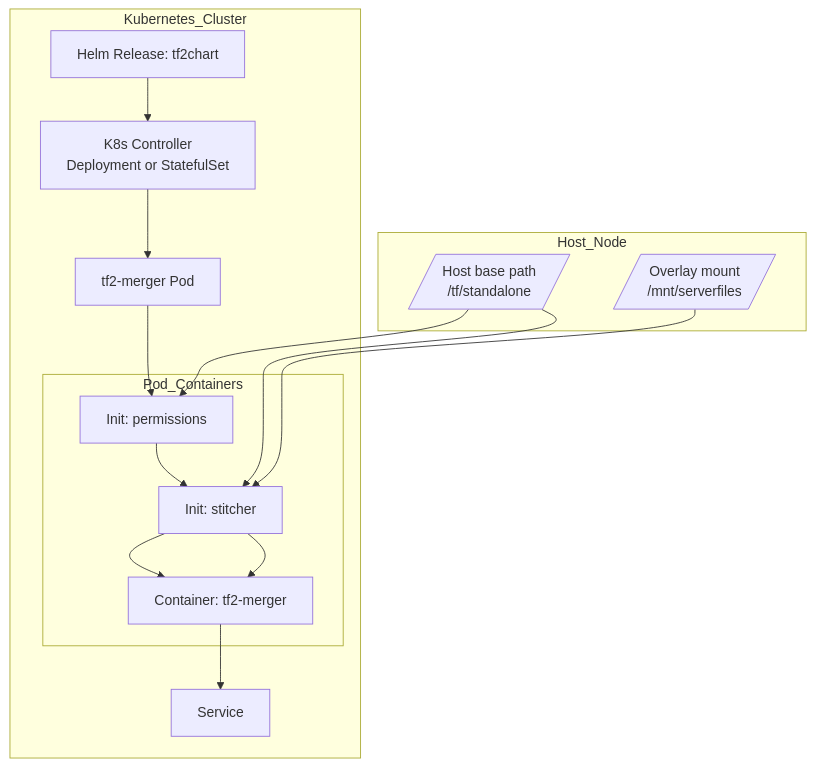
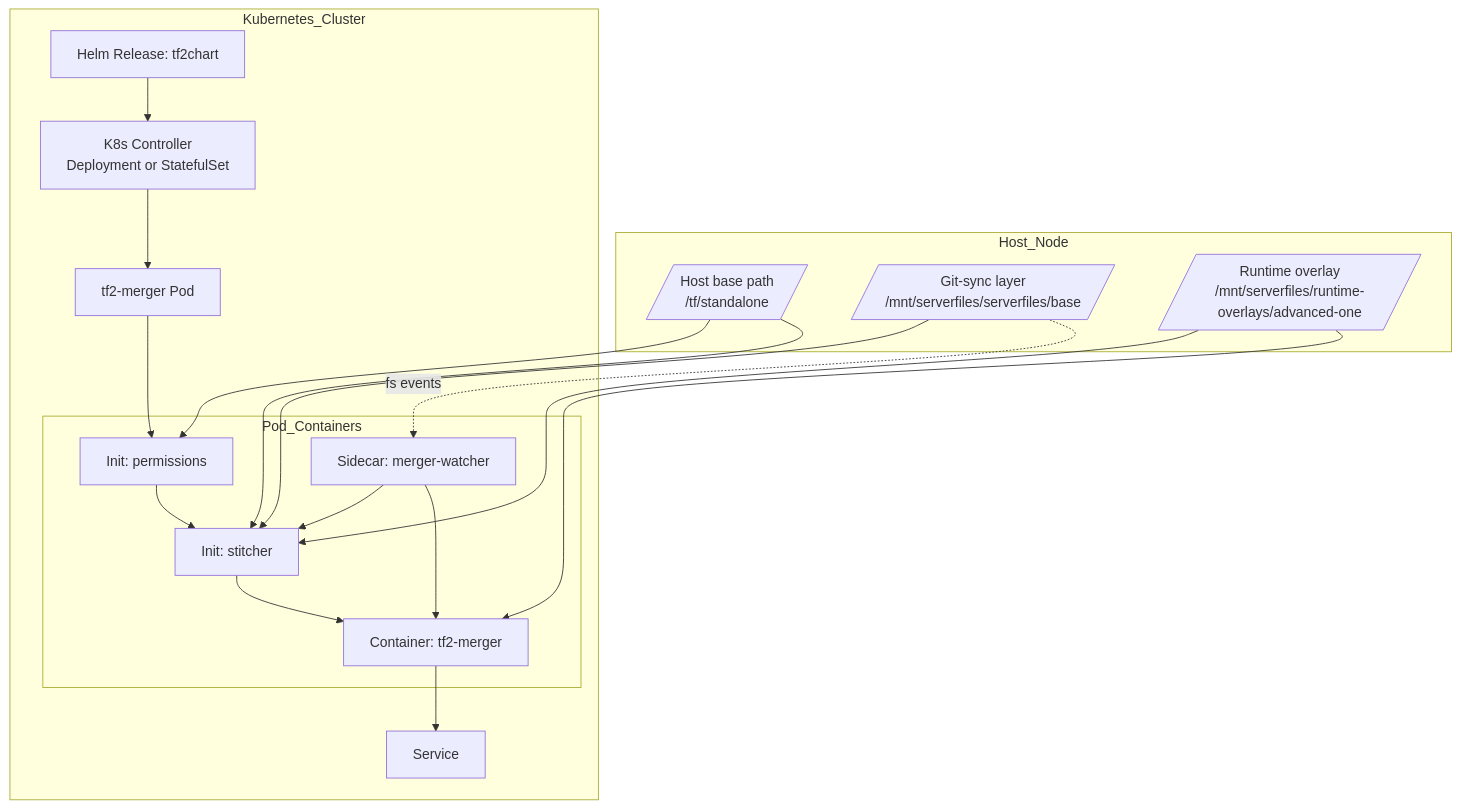
The first of 3 diagrams in README.md (UDL-TF/TF2Chart), drawn with Mermaid before and after one commit. The commit also changed other lines of this file and 4 other files, not shown here.

Commit message:
Bump chart version to 0.2.0 and add merger watcher sidecar with dynamic file merging capabilities

````diff
--- a/README.md
+++ b/README.md
@@ -20,27 +20,32 @@
 ```mermaid
 graph TB
   subgraph Host_Node
     hostFS[/Host base path\n/tf/standalone/]
-    overlay1[/Overlay mount\n/mnt/serverfiles/]
+    overlayBase[/Git-sync layer\n/mnt/serverfiles/serverfiles/base/]
+    overlayRuntime[/Runtime overlay\n/mnt/serverfiles/runtime-overlays/advanced-one/]
   end
 
   subgraph Kubernetes_Cluster
     helm[Helm Release: tf2chart]
     controller[K8s Controller\nDeployment or StatefulSet]
     pod[tf2-merger Pod]
     subgraph Pod_Containers
       initPerm[Init: permissions]
       stitcher[Init: stitcher]
+      watcher[Sidecar: merger-watcher]
       app[Container: tf2-merger]
     end
     svc[Service]
   end
 
   helm --> controller --> pod
-  pod --> initPerm --> stitcher --> app
+  pod --> initPerm --> stitcher --> app --> svc
   hostFS --> initPerm
   hostFS --> stitcher
-  overlay1 --> stitcher
-  stitcher --> app
-  app --> svc
+  overlayBase --> stitcher
+  overlayRuntime --> stitcher
+  overlayRuntime --> app
+  overlayBase -. fs events .-> watcher
+  watcher --> stitcher
+  watcher --> app
 ```
````
